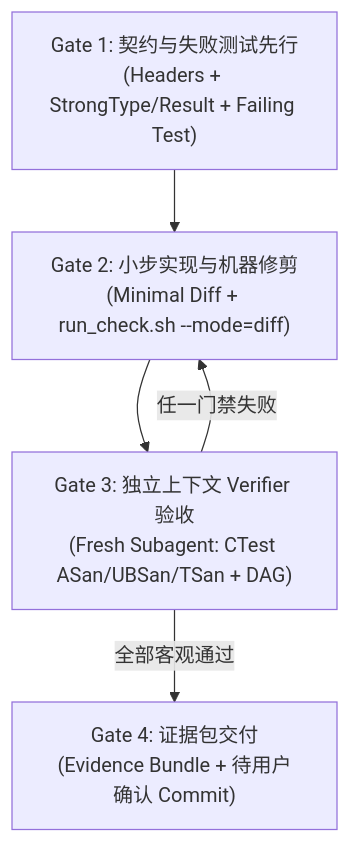
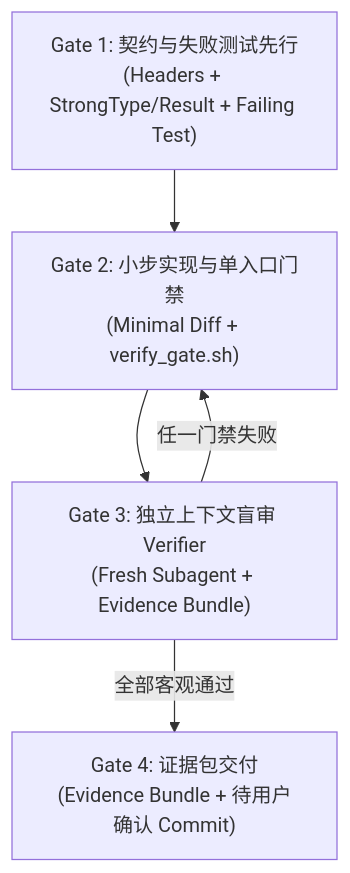
Before and after one commit to lilucpp/code-craft: the diagram in .agents/skills/cpp-verification-playbook/SKILL.md, drawn with Mermaid. The commit also changed other lines of this file and 10 other files, not shown here.

First line of the commit message:
feat(playbook,lint): add verify_gate, clang-analyzer, and bounds/fs redline gates

````diff
--- a/.agents/skills/cpp-verification-playbook/SKILL.md
+++ b/.agents/skills/cpp-verification-playbook/SKILL.md
@@ -20,7 +30,7 @@
 ```mermaid
 flowchart TD
-    G1["Gate 1: 契约与失败测试先行<br/>(Headers + StrongType/Result + Failing Test)"] --> G2["Gate 2: 小步实现与机器修剪<br/>(Minimal Diff + run_check.sh --mode=diff)"]
-    G2 --> G3["Gate 3: 独立上下文 Verifier 验收<br/>(Fresh Subagent: CTest ASan/UBSan/TSan + DAG)"]
+    G1["Gate 1: 契约与失败测试先行<br/>(Headers + StrongType/Result + Failing Test)"] --> G2["Gate 2: 小步实现与单入口门禁<br/>(Minimal Diff + verify_gate.sh)"]
+    G2 --> G3["Gate 3: 独立上下文盲审 Verifier<br/>(Fresh Subagent + Evidence Bundle)"]
     G3 -->|任一门禁失败| G2
     G3 -->|全部客观通过| G4["Gate 4: 证据包交付<br/>(Evidence Bundle + 待用户确认 Commit)"]
 ```
````
